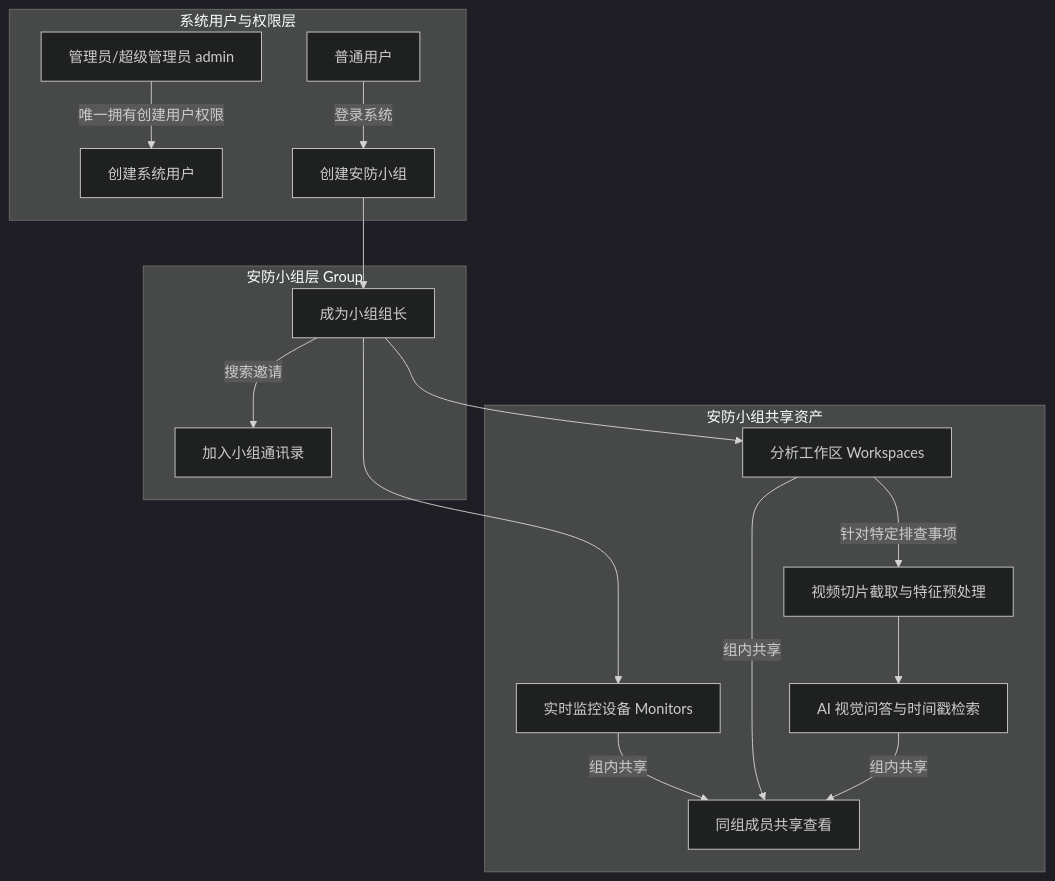
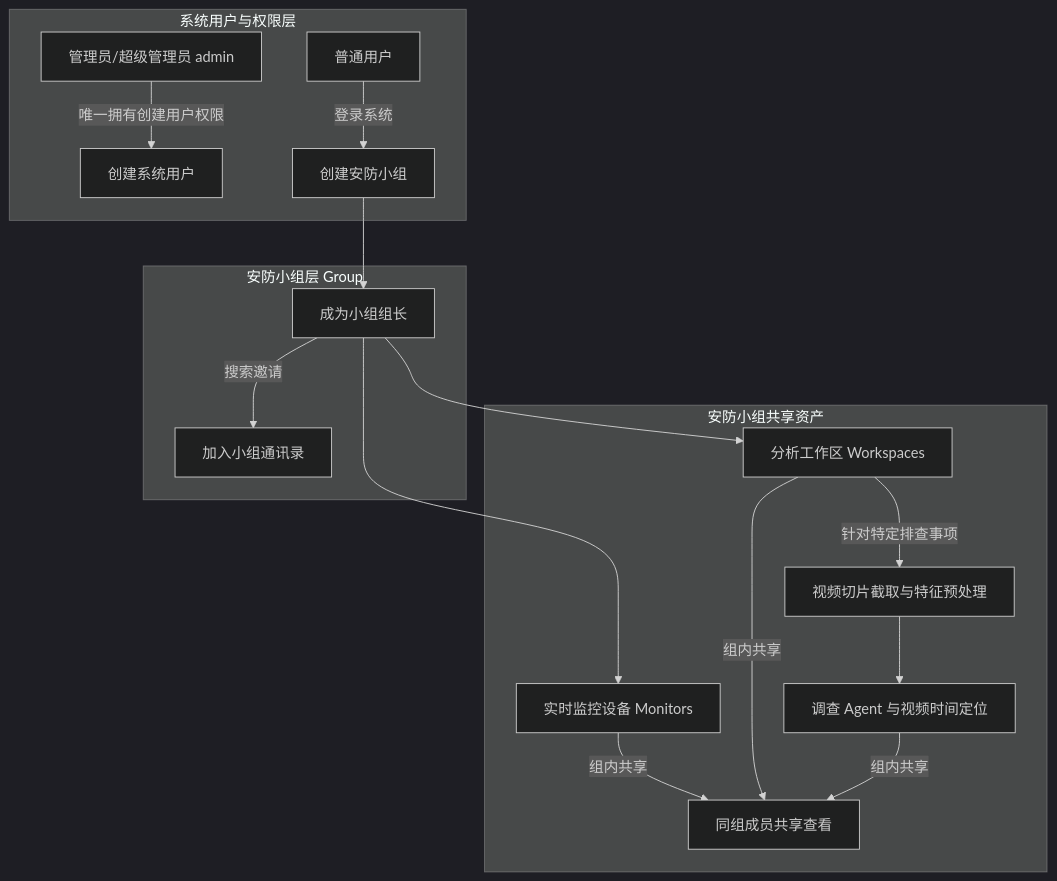
One commit to EmadowKy/pureyes-harmony changed the diagram in docs/user-guide/01-overview.md. Above: the diagram before and after it, drawn with Mermaid (dark theme). The commit also changed other lines of this file and 13 other files, not shown here.

````diff
--- a/docs/user-guide/01-overview.md
+++ b/docs/user-guide/01-overview.md
@@ -11,24 +11,24 @@
 ```mermaid
 graph TD
     subgraph "系统用户与权限层"
         Admin[管理员/超级管理员 admin] -- "唯一拥有创建用户权限" --> CreateUser[创建系统用户]
         User[普通用户] -- "登录系统" --> CreateGroup[创建安防小组]
     end
 
     subgraph "安防小组层 Group"
         CreateGroup --> GroupLeader[成为小组组长]
         GroupLeader -- "搜索邀请" --> InviteMember[加入小组通讯录]
     end
 
     subgraph "安防小组共享资产"
         GroupLeader --> Monitors[实时监控设备 Monitors]
         GroupLeader --> Workspaces[分析工作区 Workspaces]
         
         Monitors -- "组内共享" --> GroupMembers[同组成员共享查看]
         Workspaces -- "组内共享" --> GroupMembers
         
         Workspaces -- "针对特定排查事项" --> Segments[视频切片截取与特征预处理]
-        Segments --> AIQA[AI 视觉问答与时间戳检索]
+        Segments --> AIQA[调查 Agent 与视频时间定位]
         AIQA -- "组内共享" --> GroupMembers
     end
 ```
````
